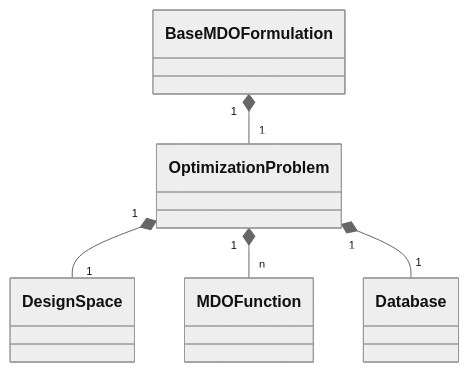
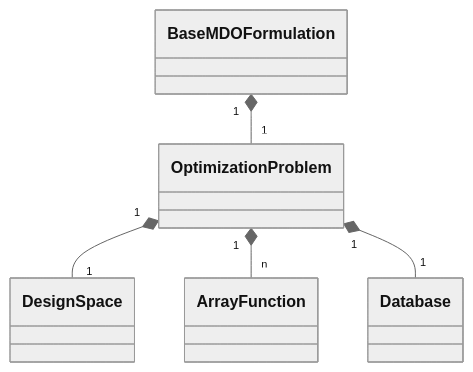
The fifth of 5 diagrams in docs/software/system_architecture.md (gemseo/gemseo), drawn with Mermaid (neutral theme) before and after one commit. The commit also changed other lines of this file and 31 other files, not shown here.

````diff
--- a/docs/software/system_architecture.md
+++ b/docs/software/system_architecture.md
@@ -188,7 +188,7 @@
 ``` mermaid
 classDiagram
     BaseMDOFormulation "1" *-- "1" OptimizationProblem
     OptimizationProblem "1" *-- "1" DesignSpace
-    OptimizationProblem "1" *-- "n" MDOFunction
+    OptimizationProblem "1" *-- "n" ArrayFunction
     OptimizationProblem "1" *-- "1" Database
 ```
````
